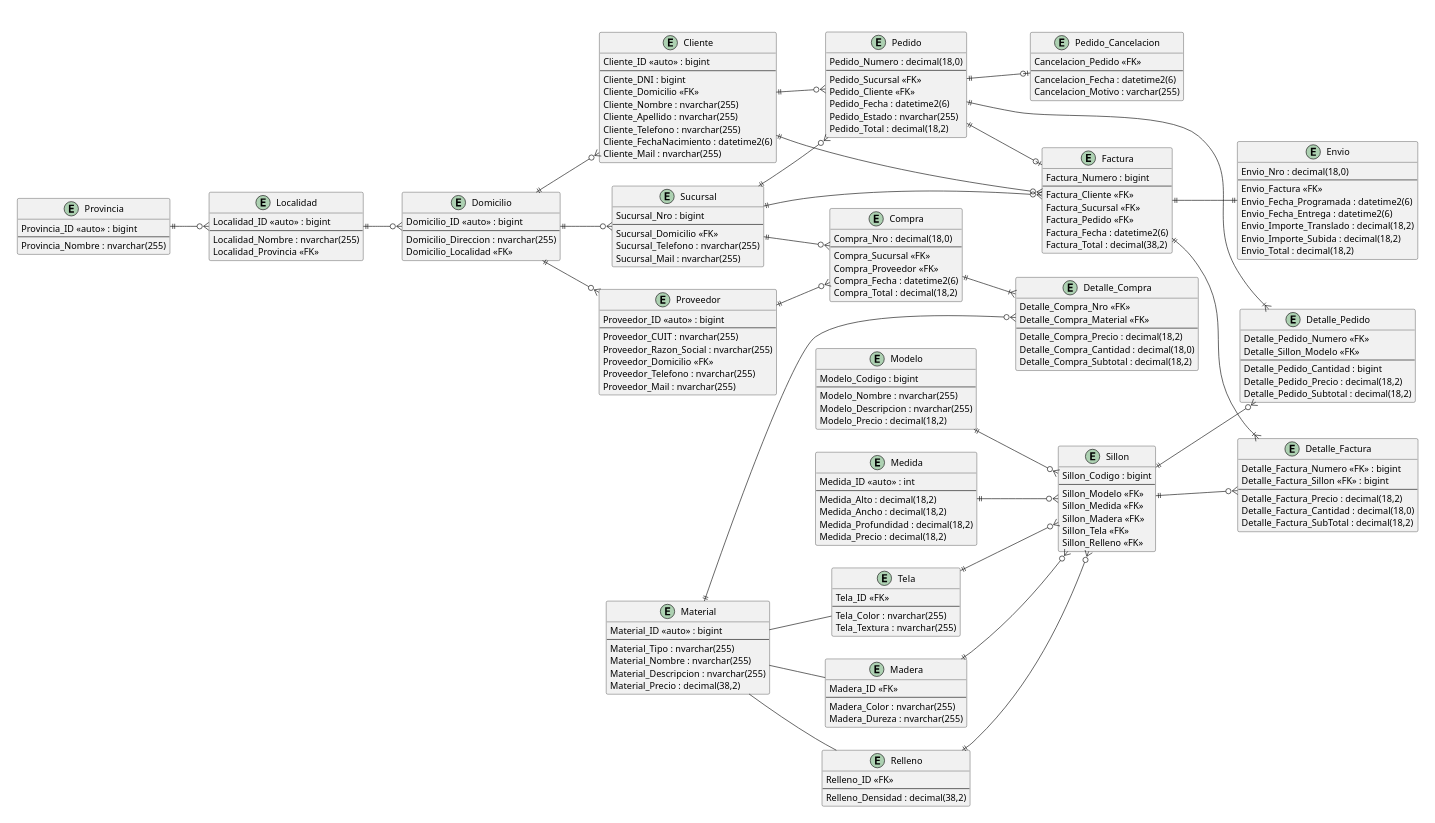
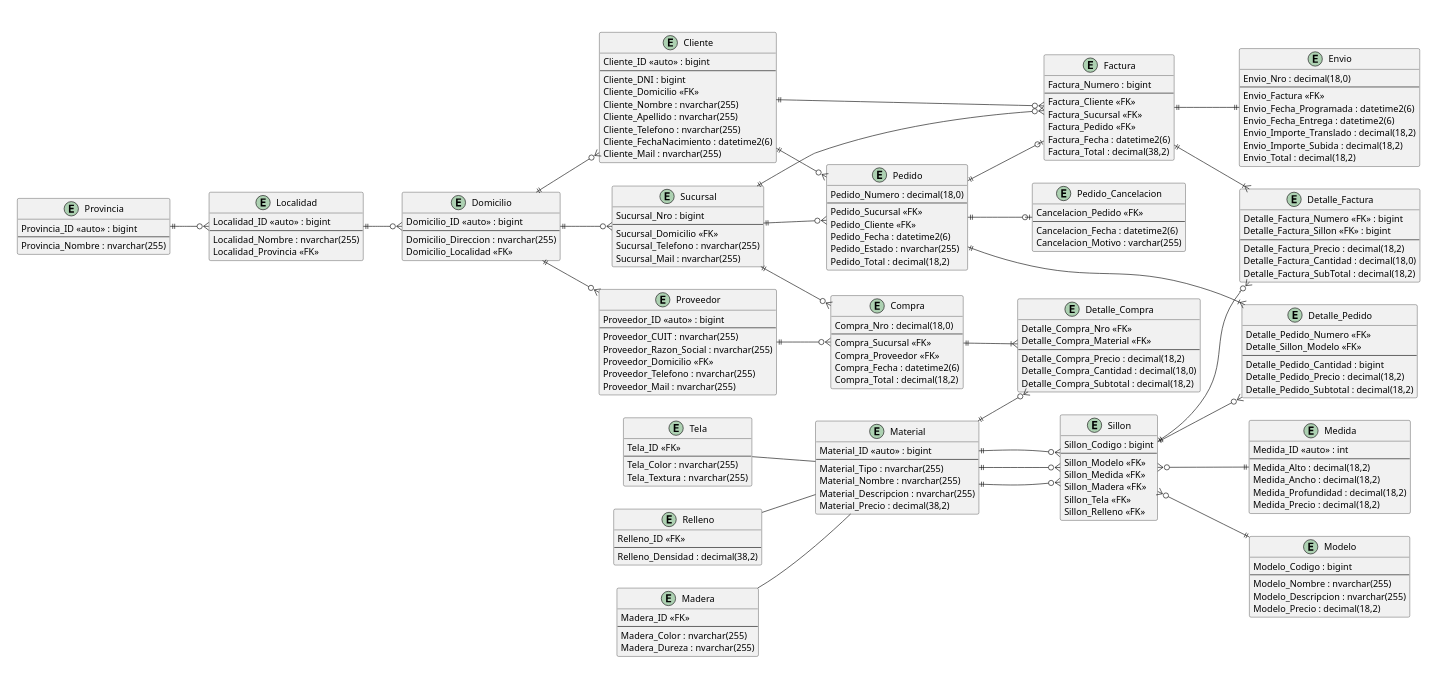
One commit to JuanManuelRama/BasesDeDatos changed the diagram in DER.puml. Above: the diagram before and after it, drawn with PlantUML.

Commit message:
Cambio en relación sillon-material

```diff
--- a/DER.puml
+++ b/DER.puml
@@ -93,14 +93,15 @@
     Sillon_Relleno <<FK>>
   }
 
-  Modelo    ||--o{ Sillon
-  Medida    ||--o{ Sillon
-  Material  -- Tela
-  Material  -- Relleno
-  Material  -- Madera
-  Tela      ||--o{ Sillon
-  Relleno   ||--o{ Sillon
-  Madera    ||--o{ Sillon
+
+  Sillon    }o--|| Modelo
+  Sillon    }o--|| Medida
+  Tela  -- Material
+  Relleno  -- Material
+  Madera  -- Material
+  Material  ||--o{ Sillon
+  Material  ||--o{ Sillon
+  Material  ||--o{ Sillon
 }
 
 package " " {
```
